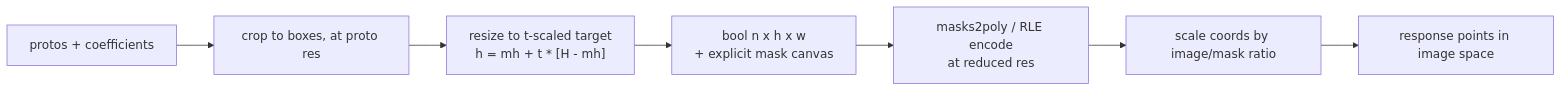
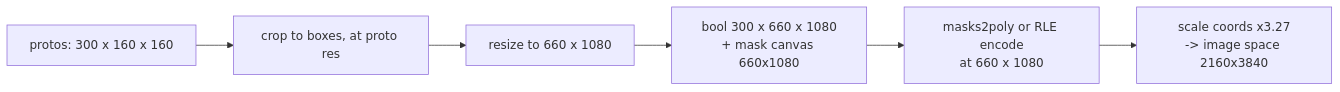
One commit to roboflow/inference changed the second of 2 diagrams in docs/feat/instance-seg-tradeoff-factor.md. Above: the diagram before and after it, drawn with Mermaid. The commit also changed other lines of this file, not shown here.

````diff
--- a/docs/feat/instance-seg-tradeoff-factor.md
+++ b/docs/feat/instance-seg-tradeoff-factor.md
@@ -86,9 +81,8 @@
 ```mermaid
 flowchart LR
-    A["protos + coefficients"] --> B["crop to boxes, at proto res"]
-    B --> C["resize to t-scaled target<br>h = mh + t * [H - mh]"]
-    C --> D["bool n x h x w<br>+ explicit mask canvas"]
-    D --> E["masks2poly / RLE encode<br>at reduced res"]
-    E --> F["scale coords by image/mask ratio"]
-    F --> G["response points in image space"]
+    A["protos: 300 x 160 x 160"] --> B["crop to boxes, at proto res"]
+    B --> C["resize to 660 x 1080"]
+    C --> D["bool 300 x 660 x 1080<br>+ mask canvas 660x1080"]
+    D --> E["masks2poly or RLE encode<br>at 660 x 1080"]
+    E --> F["scale coords x3.27<br>-> image space 2160x3840"]
 ```
````
